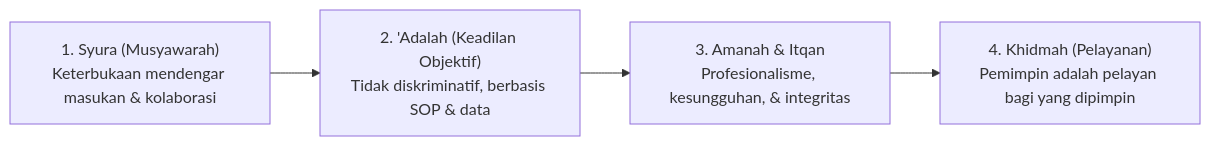
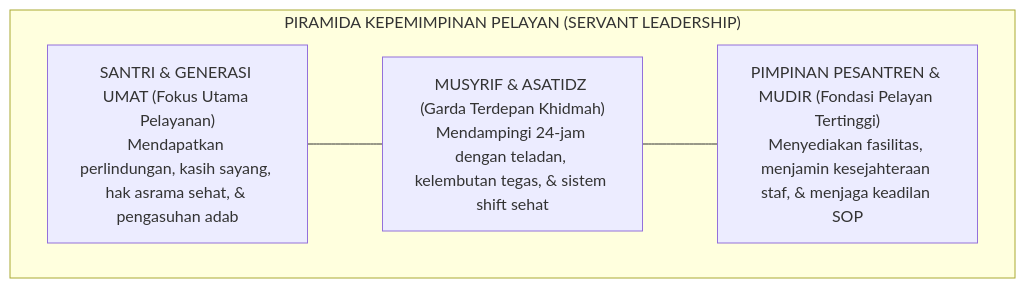
The diagram in 01 Philosophy/05 Leadership/P1-05-02-Hakikat-Amanah-dan-Kepemimpinan-Pelayan.md (wandiapriliyandi/tumbuh), drawn with Mermaid before and after one commit. The commit also changed other lines of this file and 4 other files, not shown here.

Commit message:
docs(philosophy): elevate Sub-Domain 05 Leadership to gold standard of deep academic monographs with Qudwah, Servant Leadership, and Peer Mentorship

````diff
--- a/01 Philosophy/05 Leadership/P1-05-02-Hakikat-Amanah-dan-Kepemimpinan-Pelayan.md
+++ b/01 Philosophy/05 Leadership/P1-05-02-Hakikat-Amanah-dan-Kepemimpinan-Pelayan.md
@@ -22,6 +45,11 @@
 ```mermaid
-graph LR
-    P1["1. Syura (Musyawarah)<br/>Keterbukaan mendengar masukan & kolaborasi"] --> P2["2. 'Adalah (Keadilan Objektif)<br/>Tidak diskriminatif, berbasis SOP & data"]
-    P2 --> P3["3. Amanah & Itqan<br/>Profesionalisme, kesungguhan, & integritas"]
-    P3 --> P4["4. Khidmah (Pelayanan)<br/>Pemimpin adalah pelayan bagi yang dipimpin"]
+graph TD
+    subgraph PiramidaTerbalik["PIRAMIDA KEPEMIMPINAN PELAYAN (SERVANT LEADERSHIP)"]
+        Santri["SANTRI & GENERASI UMAT (Fokus Utama Pelayanan)<br/>Mendapatkan perlindungan, kasih sayang, hak asrama sehat, & pengasuhan adab"]
+        Musyrif["MUSYRIF & ASATIDZ (Garda Terdepan Khidmah)<br/>Mendampingi 24-jam dengan teladan, kelembutan tegas, & sistem shift sehat"]
+        Pimpinan["PIMPINAN PESANTREN & MUDIR (Fondasi Pelayan Tertinggi)<br/>Menyediakan fasilitas, menjamin kesejahteraan staf, & menjaga keadilan SOP"]
+        
+        Santri --- Musyrif
+        Musyrif --- Pimpinan
+    end
 ```
````
